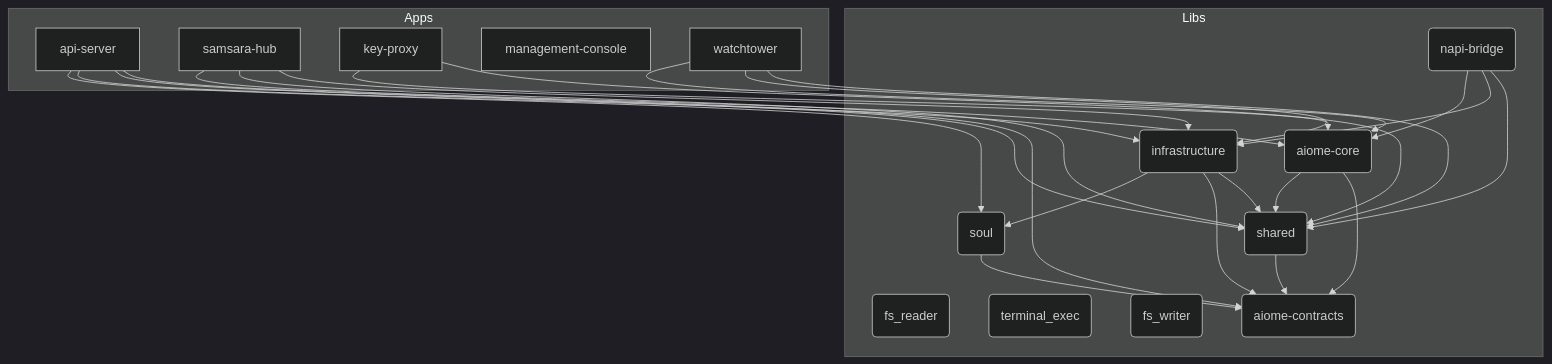
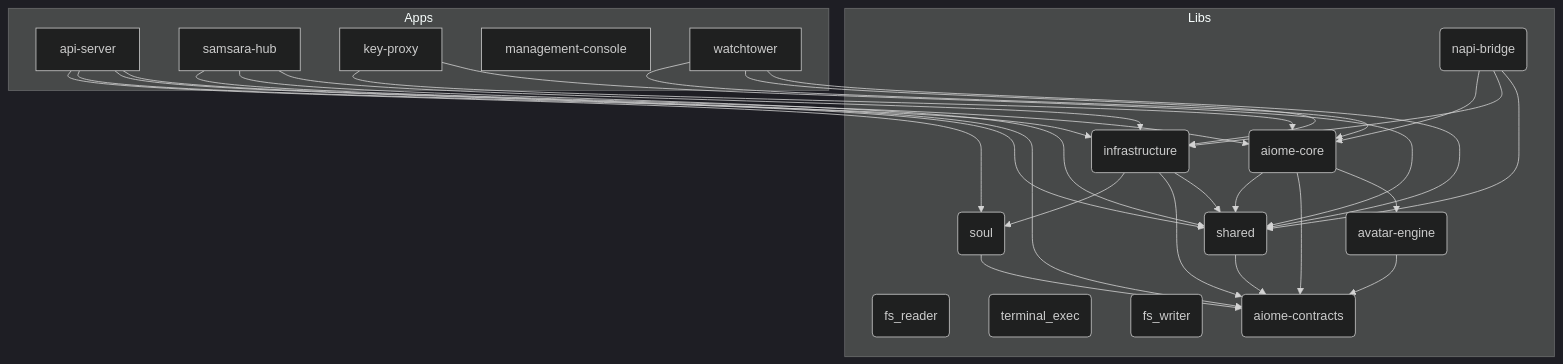
Before and after one commit to for4xex-droid/modular-open-claw: the diagram in ARCHITECTURE.md, drawn with Mermaid (dark theme). The commit also changed other lines of this file, not shown here.

````diff
--- a/ARCHITECTURE.md
+++ b/ARCHITECTURE.md
@@ -23,45 +23,48 @@
 ```mermaid
 graph TD
     subgraph Apps
         api-server[api-server]
         samsara-hub[samsara-hub]
         key-proxy[key-proxy]
         management-console[management-console]
         watchtower[watchtower]
     end
 
     subgraph Libs
         aiome-core(aiome-core)
         infrastructure(infrastructure)
         shared(shared)
+        avatar-engine(avatar-engine)
         fs_reader(fs_reader)
         terminal_exec(terminal_exec)
         fs_writer(fs_writer)
         napi-bridge(napi-bridge)
         aiome-contracts(aiome-contracts)
         soul(soul)
     end
 
     api-server --> soul
     api-server --> infrastructure
     api-server --> shared
     api-server --> aiome-contracts
     samsara-hub --> aiome-core
     samsara-hub --> shared
     samsara-hub --> infrastructure
     key-proxy --> aiome-core
     key-proxy --> shared
     aiome-core --> shared
     aiome-core --> aiome-contracts
+    aiome-core --> avatar-engine
     infrastructure --> soul
     infrastructure --> aiome-contracts
     infrastructure --> shared
     shared --> aiome-contracts
+    avatar-engine --> aiome-contracts
     napi-bridge --> aiome-core
     napi-bridge --> infrastructure
     napi-bridge --> shared
     watchtower --> aiome-core
     watchtower --> infrastructure
     watchtower --> shared
     soul --> aiome-contracts
 ```
````
